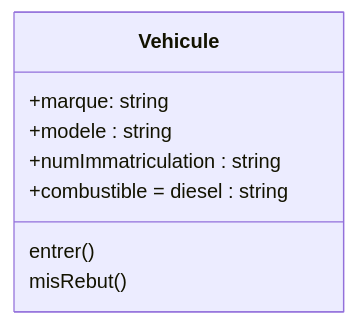
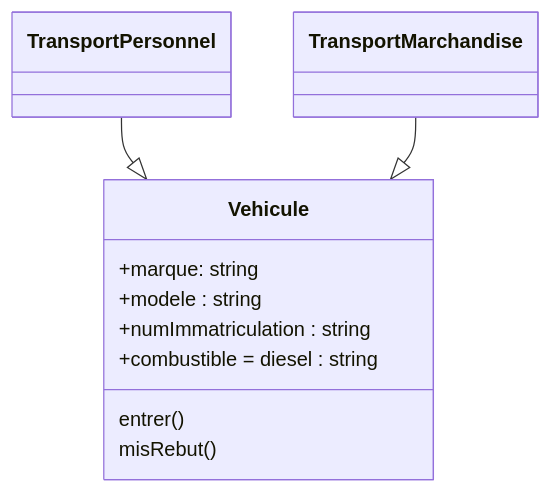
One commit to elghallali/ProfMadkourTDs changed the diagram in README.md. Above: the diagram before and after it, drawn with Mermaid.

````diff
--- a/README.md
+++ b/README.md
@@ -110,11 +110,13 @@
 ```mermaid
 classDiagram
     class Vehicule{
         +marque: string
         +modele : string
         +numImmatriculation : string
         +combustible = diesel : string
         entrer()
         misRebut()
     }
+    TransportPersonnel --|> Vehicule
+    TransportMarchandise --|> Vehicule
 ```
````
